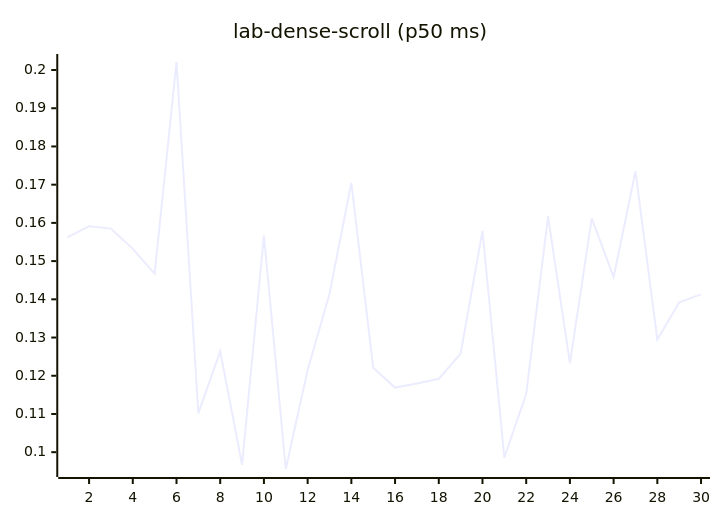
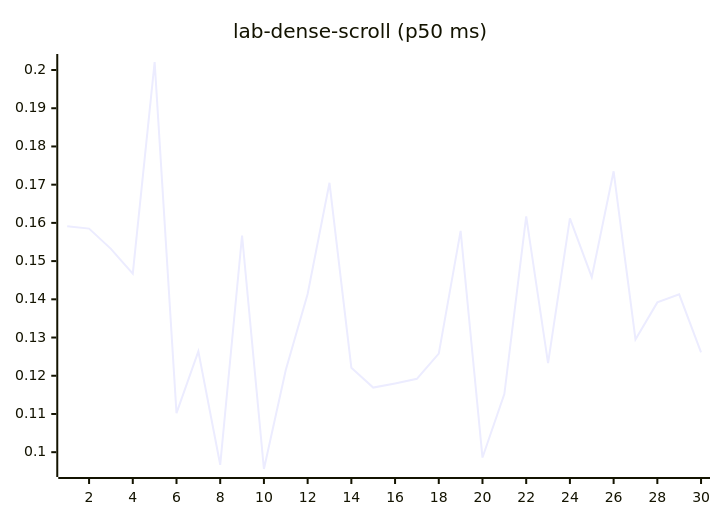
Before and after one commit to josha/Facet: diagram 12 of 27 in README.md, drawn with Mermaid. The commit also changed other lines of this file and 2 other files, not shown here.

````diff
--- a/README.md
+++ b/README.md
@@ -140,6 +140,6 @@
 ```mermaid
 xychart-beta
     title "lab-dense-scroll (p50 ms)"
     x-axis 1 --> 30
-    line [0.1562, 0.1591, 0.1585, 0.1532, 0.1467, 0.2021, 0.1102, 0.1264, 0.0967, 0.1567, 0.0956, 0.1215, 0.1414, 0.1705, 0.1221, 0.1169, 0.1180, 0.1192, 0.1258, 0.1579, 0.0986, 0.1152, 0.1617, 0.1233, 0.1612, 0.1458, 0.1735, 0.1295, 0.1392, 0.1413]
+    line [0.1591, 0.1585, 0.1532, 0.1467, 0.2021, 0.1102, 0.1264, 0.0967, 0.1567, 0.0956, 0.1215, 0.1414, 0.1705, 0.1221, 0.1169, 0.1180, 0.1192, 0.1258, 0.1579, 0.0986, 0.1152, 0.1617, 0.1233, 0.1612, 0.1458, 0.1735, 0.1295, 0.1392, 0.1413, 0.1261]
 ```
````
